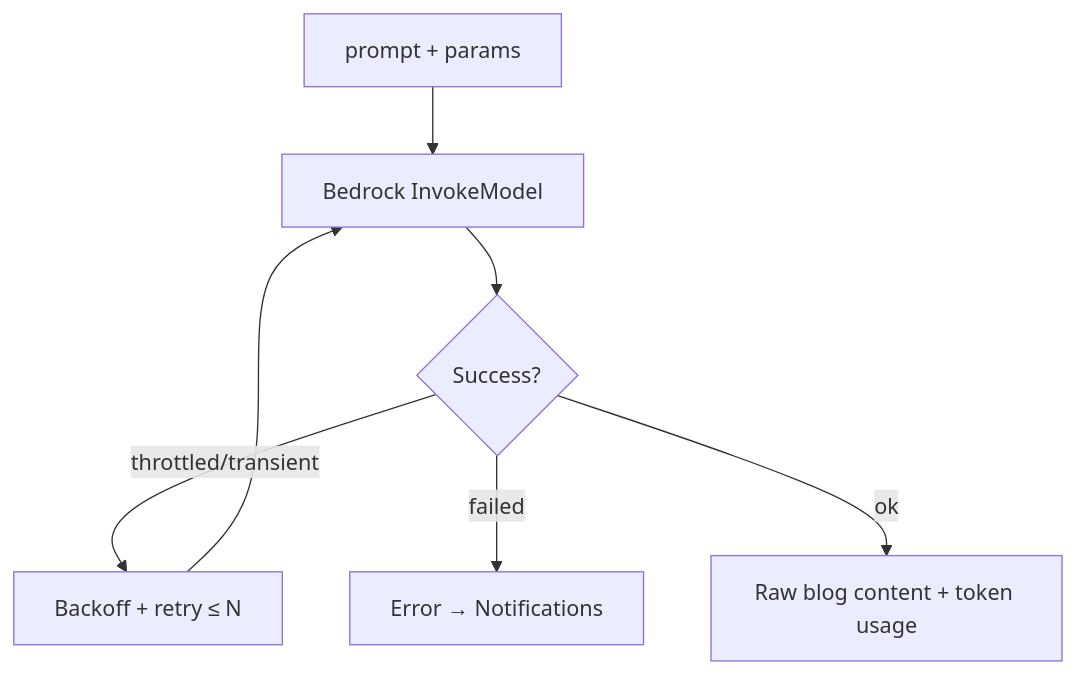
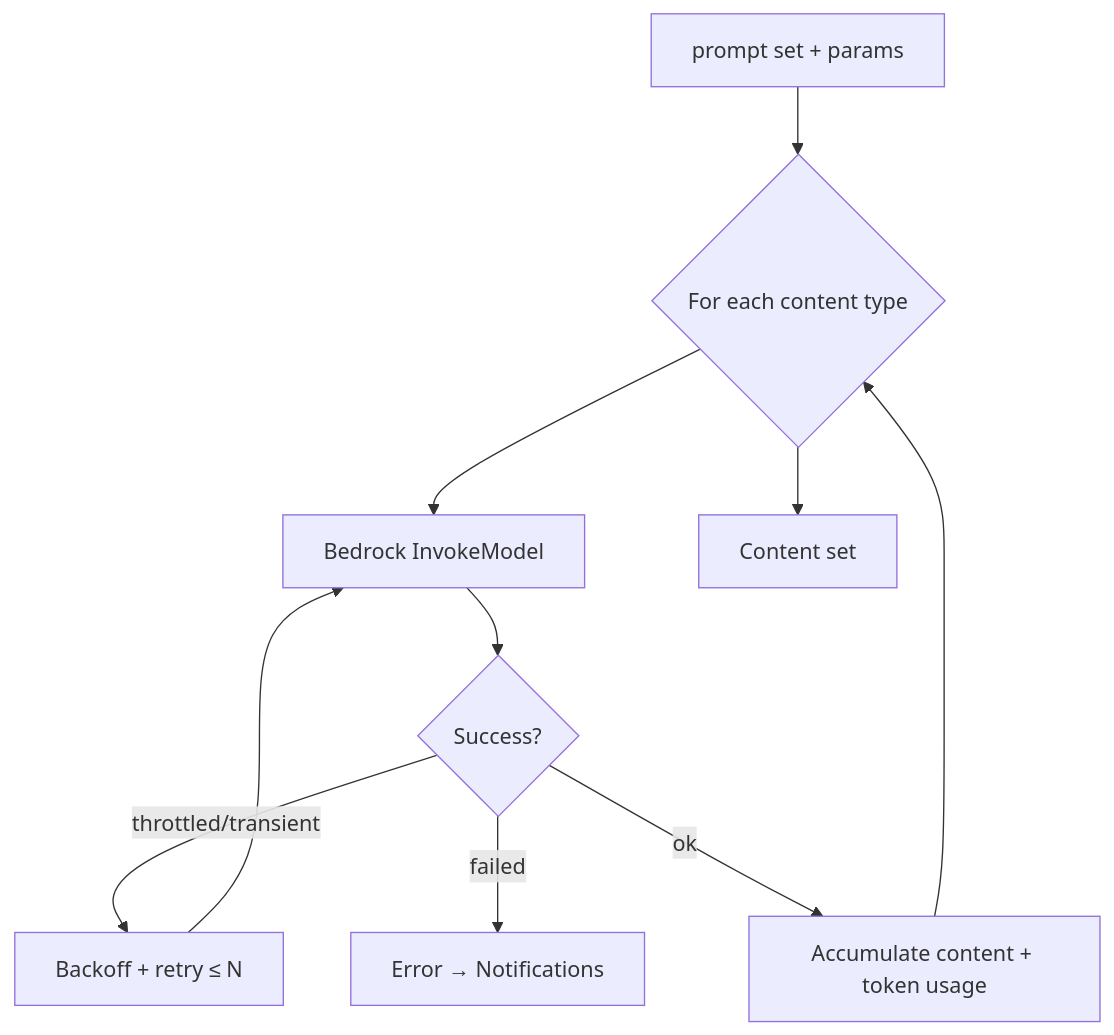
The fourth of 6 diagrams in docs/workflows.md (teddynted/ai-github-repository-blog-generator), drawn with Mermaid before and after one commit. The commit also changed other lines of this file and 10 other files, not shown here.

````diff
--- a/docs/workflows.md
+++ b/docs/workflows.md
@@ -87,9 +88,12 @@
 ```mermaid
 flowchart TB
-    P[prompt + params] --> B[Bedrock InvokeModel]
+    P[prompt set + params] --> LOOP{For each content type}
+    LOOP --> B[Bedrock InvokeModel]
     B --> C{Success?}
     C -- throttled/transient --> RB[Backoff + retry ≤ N]
     RB --> B
     C -- failed --> E[Error → Notifications]
-    C -- ok --> O[Raw blog content + token usage]
+    C -- ok --> ACC[Accumulate content + token usage]
+    ACC --> LOOP
+    LOOP --> O[Content set]
 ```
````
